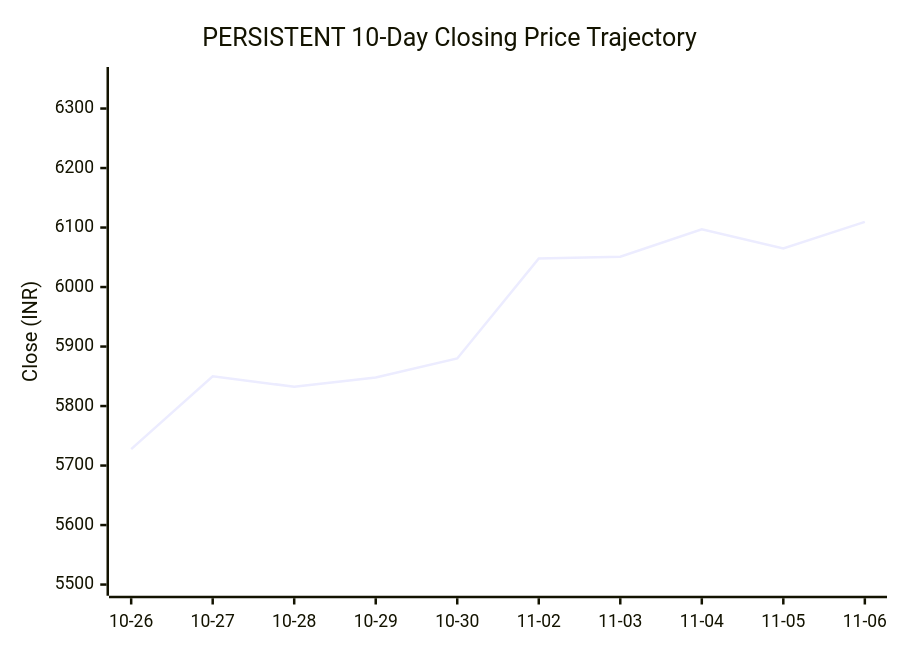
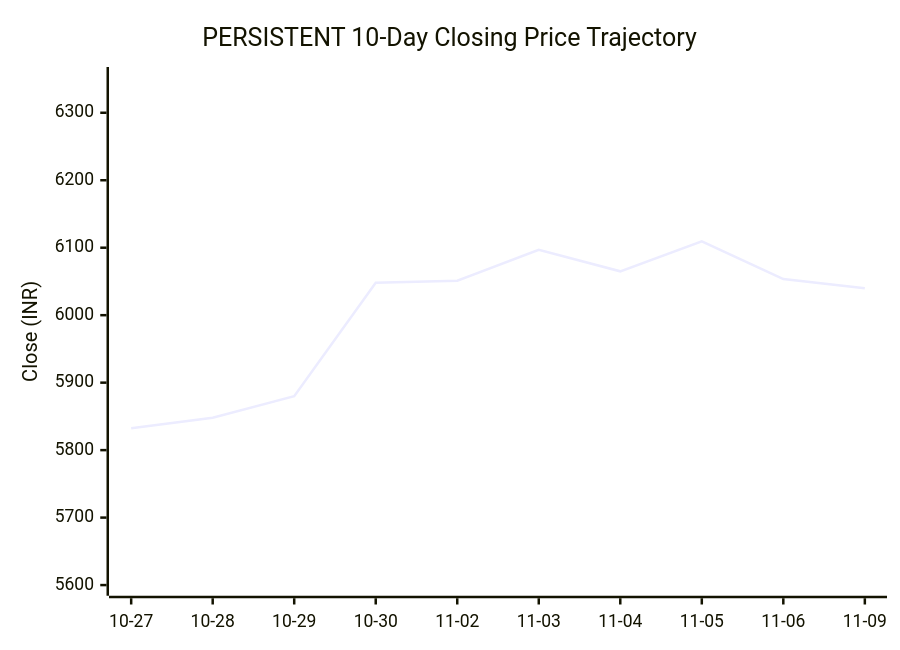
One commit to purnareddy9/dev changed the second of 3 diagrams in market-intelligence/stocks/PERSISTENT/latest.md. Above: the diagram before and after it, drawn with Mermaid. The commit also changed other lines of this file and 4 other files, not shown here.

````diff
--- a/market-intelligence/stocks/PERSISTENT/latest.md
+++ b/market-intelligence/stocks/PERSISTENT/latest.md
@@ -95,7 +95,7 @@
 ```mermaid
 xychart-beta
     title "PERSISTENT 10-Day Closing Price Trajectory"
-    x-axis ["10-26", "10-27", "10-28", "10-29", "10-30", "11-02", "11-03", "11-04", "11-05", "11-06"]
-    y-axis "Close (INR)" 5498 --> 6353
-    line [5727.5, 5850.0, 5832.5, 5848.0, 5880.0, 6048.0, 6051.0, 6097.0, 6065.0, 6109.5]
+    x-axis ["10-27", "10-28", "10-29", "10-30", "11-02", "11-03", "11-04", "11-05", "11-06", "11-09"]
+    y-axis "Close (INR)" 5599 --> 6353
+    line [5832.5, 5848.0, 5880.0, 6048.0, 6051.0, 6097.0, 6065.0, 6109.5, 6053.5, 6040.0]
 ```
````
